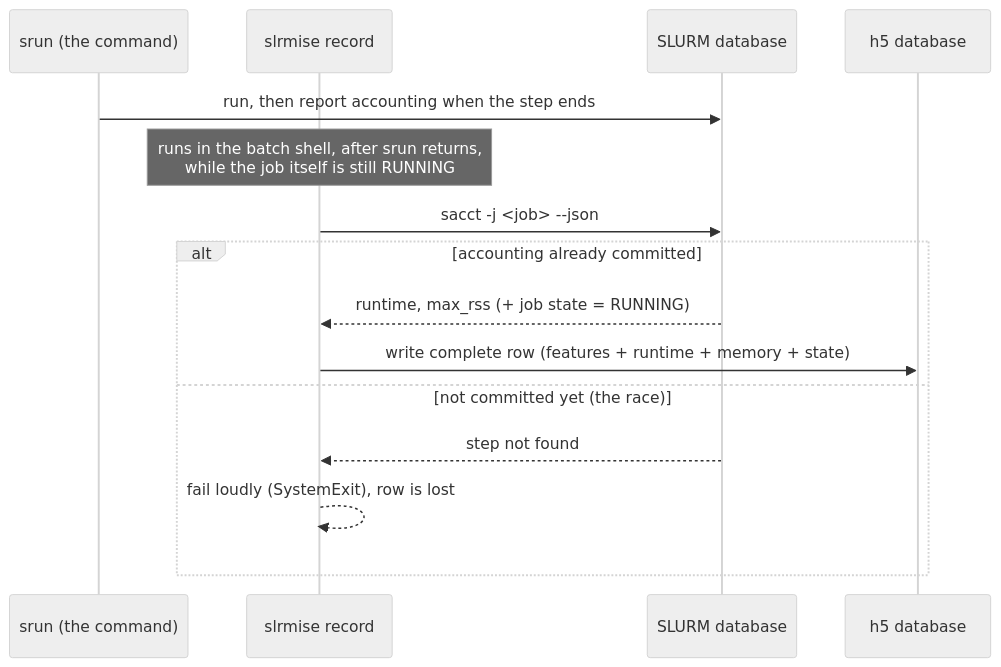
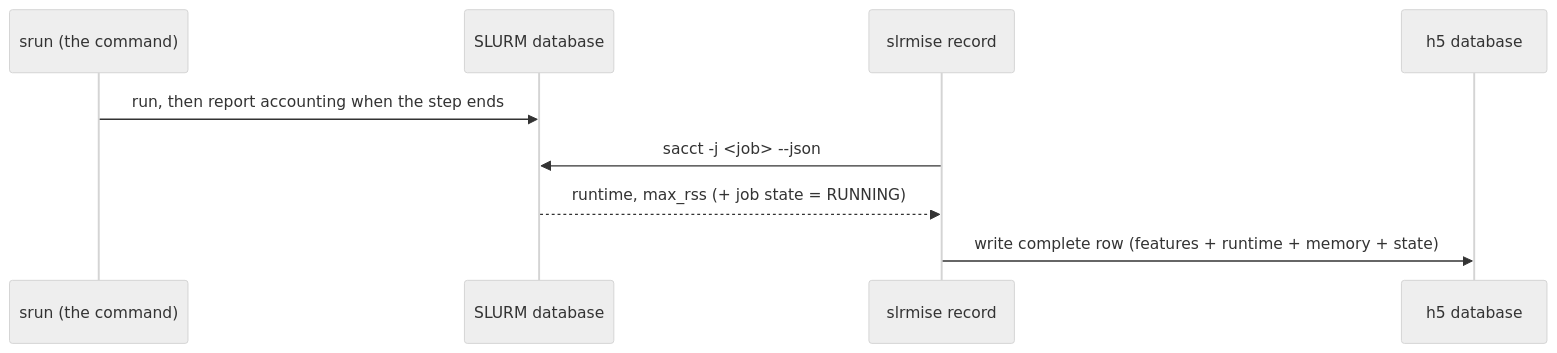
One commit to PrincetonUniversity/slurmise changed the first of 2 diagrams in src/slurmise/tutorial/lazy_recording/README.md. Above: the diagram before and after it, drawn with Mermaid (neutral theme). The commit also changed other lines of this file, not shown here.

Commit message:
docs(tutorial): simplify eager diagram, detail lazy backfill round trips
Eager: swap the SLURM database and slrmise record columns, drop
the Note boxes and the alt/race branch for a clean linear flow.
Lazy: drop the Note box and show the read-time exchange
explicitly -- display queries h5 for stubs, h5 returns them,
display queries SLURM for the missing metrics, SLURM returns
them, display backfills h5.

Claude-Session: https://claude.ai/code/session_012VdRhdqdbYxBwVUuUbxp4t

````diff
--- a/src/slurmise/tutorial/lazy_recording/README.md
+++ b/src/slurmise/tutorial/lazy_recording/README.md
@@ -46,18 +46,12 @@
 ```mermaid
 sequenceDiagram
     participant srun as srun (the command)
+    participant slurm as SLURM database
     participant rec as slrmise record
-    participant slurm as SLURM database
     participant h5 as h5 database
 
     srun->>slurm: run, then report accounting when the step ends
-    Note over rec: runs in the batch shell, after srun returns,<br/>while the job itself is still RUNNING
     rec->>slurm: sacct -j <job> --json
-    alt accounting already committed
-        slurm-->>rec: runtime, max_rss (+ job state = RUNNING)
-        rec->>h5: write complete row (features + runtime + memory + state)
-    else not committed yet (the race)
-        slurm-->>rec: step not found
-        rec-->>rec: fail loudly (SystemExit), row is lost
-    end
+    slurm-->>rec: runtime, max_rss (+ job state = RUNNING)
+    rec->>h5: write complete row (features + runtime + memory + state)
 ```
````
